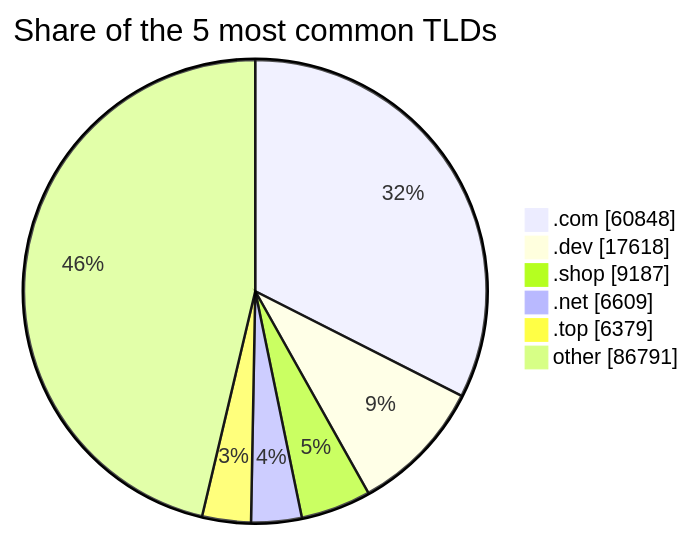
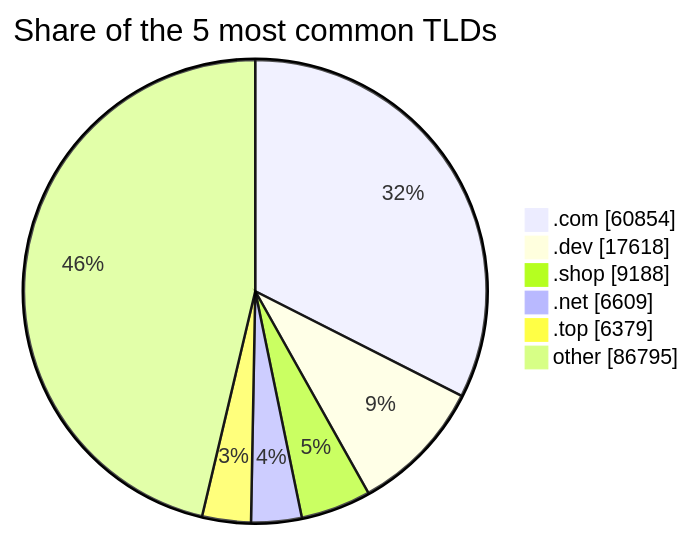
The third of 3 diagrams in README.md (DNSBunker/CTI), drawn with Mermaid before and after one commit. The commit also changed other lines of this file and 3 other files, not shown here.

````diff
--- a/README.md
+++ b/README.md
@@ -81,9 +81,9 @@
 ```mermaid
 pie showData title Share of the 5 most common TLDs
-    ".com" : 60848
+    ".com" : 60854
     ".dev" : 17618
-    ".shop" : 9187
+    ".shop" : 9188
     ".net" : 6609
     ".top" : 6379
-    "other" : 86791
+    "other" : 86795
 ```
````
